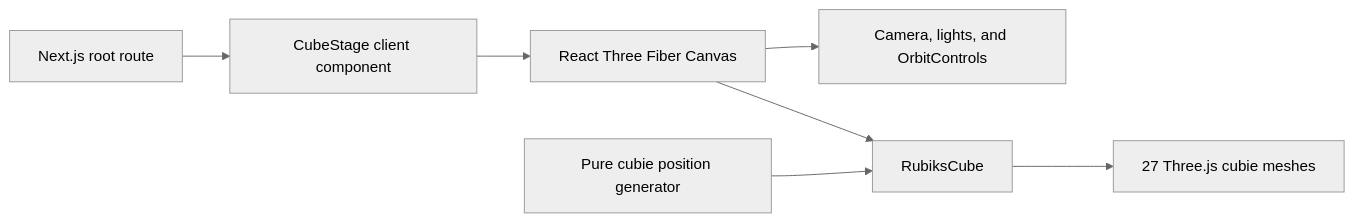
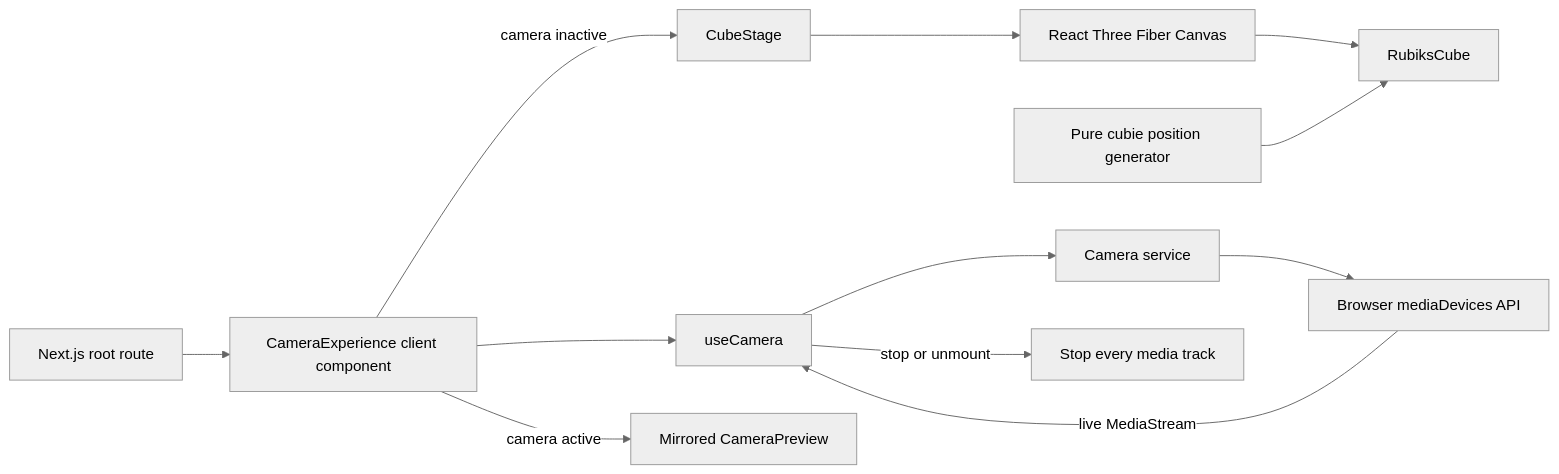
The first of 2 diagrams in docs/ARCHITECTURE.md (FaZeDrug/3dcubelearn), drawn with Mermaid (neutral theme) before and after one commit. The commit also changed other lines of this file and 13 other files, not shown here.

````diff
--- a/docs/ARCHITECTURE.md
+++ b/docs/ARCHITECTURE.md
@@ -16,9 +16,14 @@
 ```mermaid
 flowchart LR
-    A[Next.js root route] --> B[CubeStage client component]
-    B --> C[React Three Fiber Canvas]
-    C --> D[Camera, lights, and OrbitControls]
-    C --> E[RubiksCube]
+    A[Next.js root route] --> B[CameraExperience client component]
+    B -->|camera inactive| C[CubeStage]
+    C --> D[React Three Fiber Canvas]
+    D --> E[RubiksCube]
     F[Pure cubie position generator] --> E
-    E --> G[27 Three.js cubie meshes]
+    B --> G[useCamera]
+    G --> H[Camera service]
+    H --> I[Browser mediaDevices API]
+    I -->|live MediaStream| G
+    B -->|camera active| J[Mirrored CameraPreview]
+    G -->|stop or unmount| K[Stop every media track]
 ```
````
